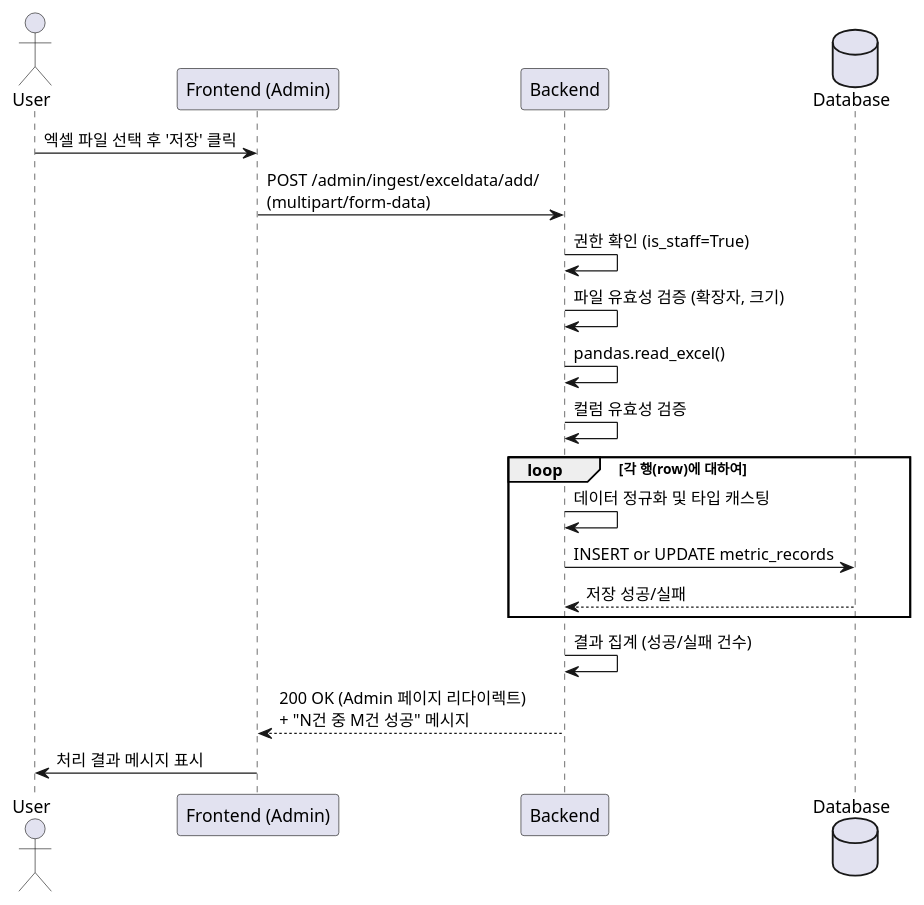
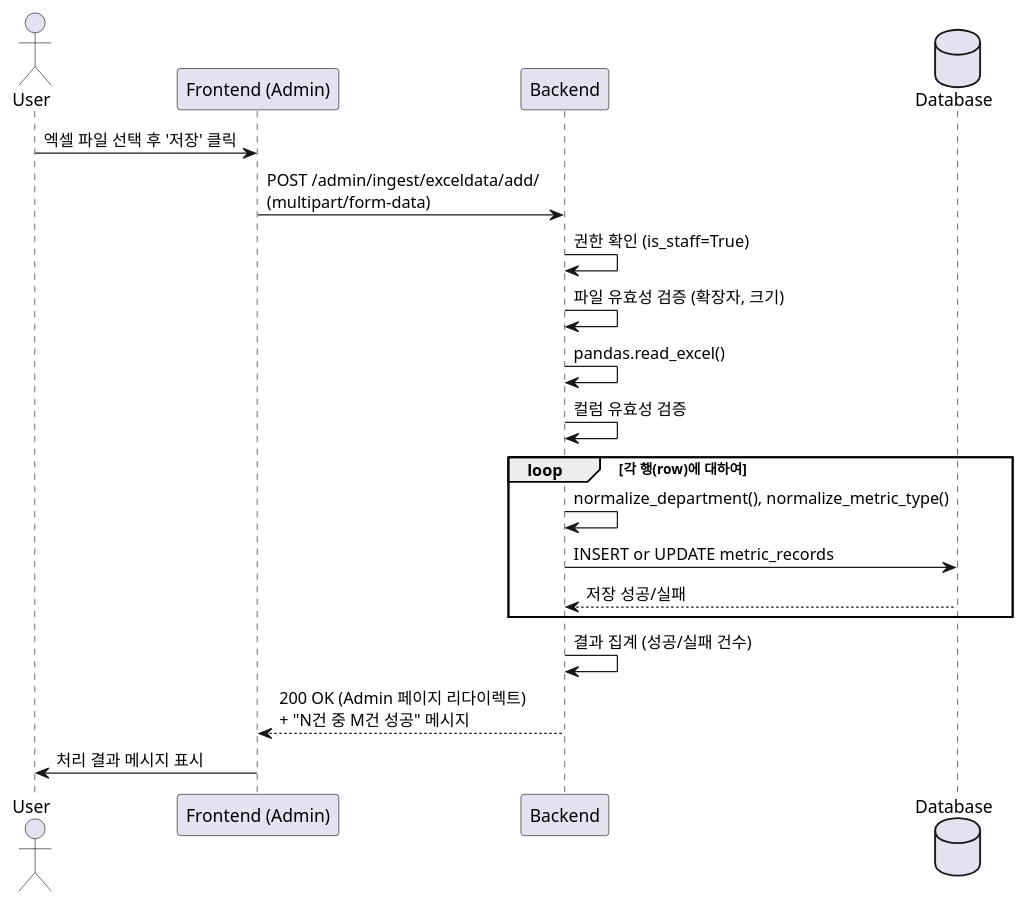
One commit to YeoulHi/vms-w4-final changed the diagram in docs/spec/002-spec-엑셀-업로드.md. Above: the diagram before and after it, drawn with PlantUML. The commit also changed other lines of this file and 1 other file, not shown here.

````diff
--- a/docs/spec/002-spec-엑셀-업로드.md
+++ b/docs/spec/002-spec-엑셀-업로드.md
@@ -42,23 +41,23 @@
 ```plantuml
 @startuml
 actor Admin as "User"
 participant FE as "Frontend (Admin)"
 participant BE as "Backend"
 database DB as "Database"
 
 Admin -> FE: 엑셀 파일 선택 후 '저장' 클릭
 FE -> BE: POST /admin/ingest/exceldata/add/ \n(multipart/form-data)
 BE -> BE: 권한 확인 (is_staff=True)
 BE -> BE: 파일 유효성 검증 (확장자, 크기)
 BE -> BE: pandas.read_excel()
 BE -> BE: 컬럼 유효성 검증
 loop 각 행(row)에 대하여
-    BE -> BE: 데이터 정규화 및 타입 캐스팅
+    BE -> BE: normalize_department(), normalize_metric_type()
     BE -> DB: INSERT or UPDATE metric_records
     DB --> BE: 저장 성공/실패
 end
 BE -> BE: 결과 집계 (성공/실패 건수)
 BE --> FE: 200 OK (Admin 페이지 리다이렉트) \n+ "N건 중 M건 성공" 메시지
 FE -> Admin: 처리 결과 메시지 표시
 @enduml
 ```
````
